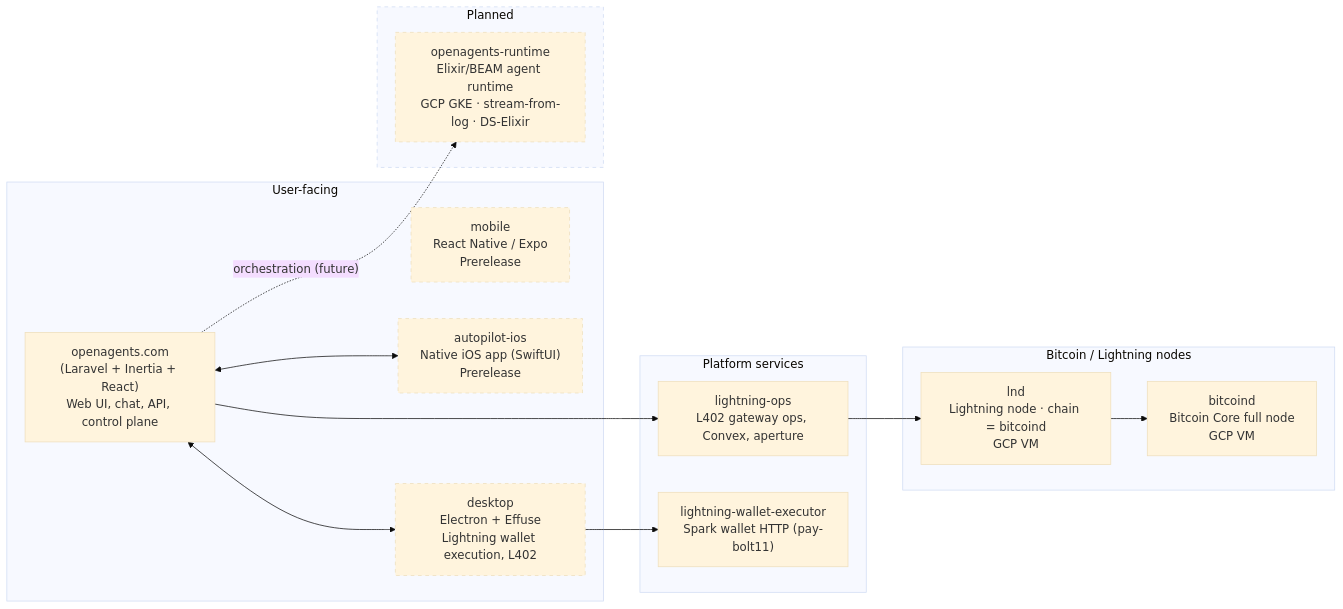
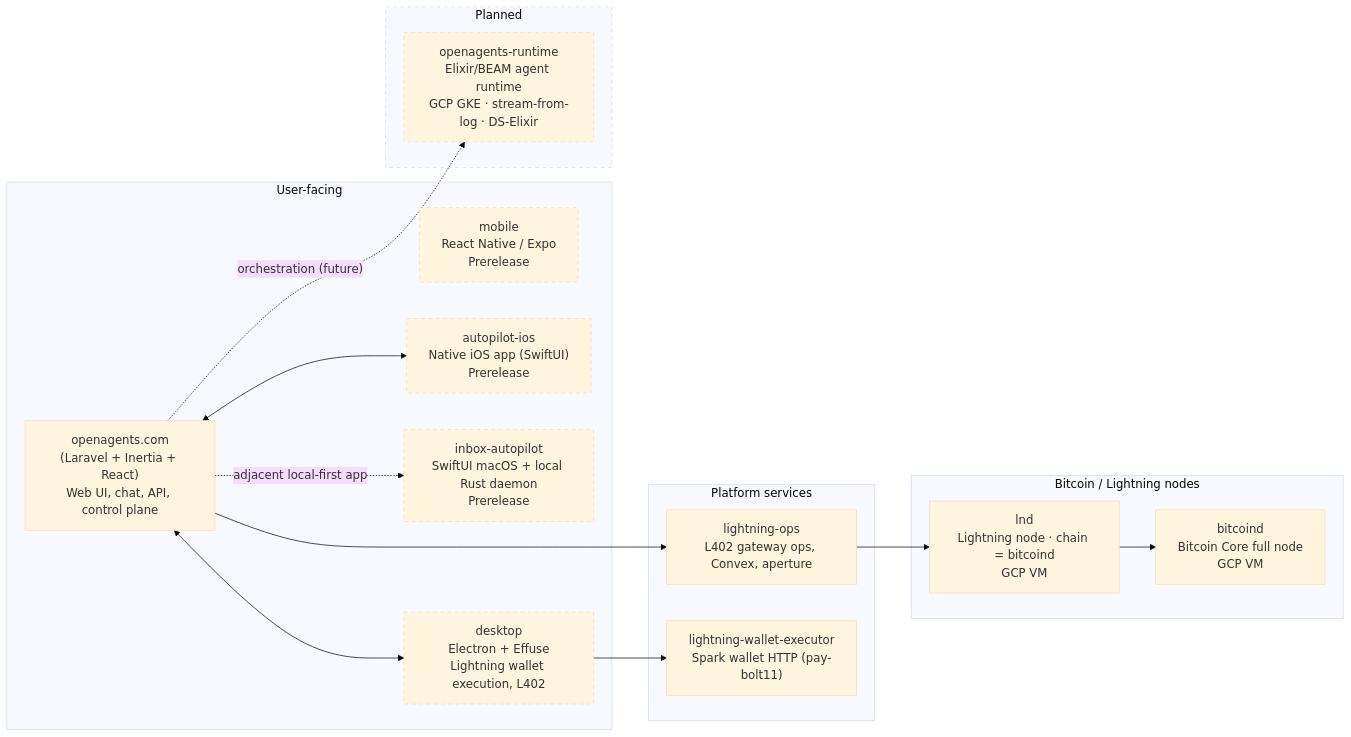
The diagram in README.md (OpenAgentsInc/openagents), drawn with Mermaid (base theme) before and after one commit. The commit also changed other lines of this file and 1 other file, not shown here.

Commit message:
docs: include inbox-autopilot in app architecture docs

````diff
--- a/README.md
+++ b/README.md
@@ -19,37 +19,40 @@
 ```mermaid
 flowchart LR
   subgraph user["User-facing"]
     web["openagents.com<br/>(Laravel + Inertia + React)<br/>Web UI, chat, API, control plane"]
     mobile["mobile<br/>React Native / Expo<br/>Prerelease"]
     ios["autopilot-ios<br/>Native iOS app (SwiftUI)<br/>Prerelease"]
+    inboxAutopilot["inbox-autopilot<br/>SwiftUI macOS + local Rust daemon<br/>Prerelease"]
     desktop["desktop<br/>Electron + Effuse<br/>Lightning wallet execution, L402"]
   end
 
   subgraph platform["Platform services"]
     ops["lightning-ops<br/>L402 gateway ops, Convex, aperture"]
     executor["lightning-wallet-executor<br/>Spark wallet HTTP (pay-bolt11)"]
   end
 
   subgraph infra["Bitcoin / Lightning nodes"]
     bitcoind["bitcoind<br/>Bitcoin Core full node<br/>GCP VM"]
     lnd["lnd<br/>Lightning node · chain = bitcoind<br/>GCP VM"]
   end
 
   subgraph planned["Planned"]
     runtime["openagents-runtime<br/>Elixir/BEAM agent runtime<br/>GCP GKE · stream-from-log · DS-Elixir"]
   end
 
   web <--> desktop
   web <--> ios
+  web -.->|"adjacent local-first app"| inboxAutopilot
   web --> ops
   desktop --> executor
   ops --> lnd
   lnd --> bitcoind
   web -.->|"orchestration (future)"| runtime
 
   style runtime stroke-dasharray: 5 5
   style planned stroke-dasharray: 5 5
   style mobile stroke-dasharray: 5 5
   style ios stroke-dasharray: 5 5
+  style inboxAutopilot stroke-dasharray: 5 5
   style desktop stroke-dasharray: 5 5
 ```
````
